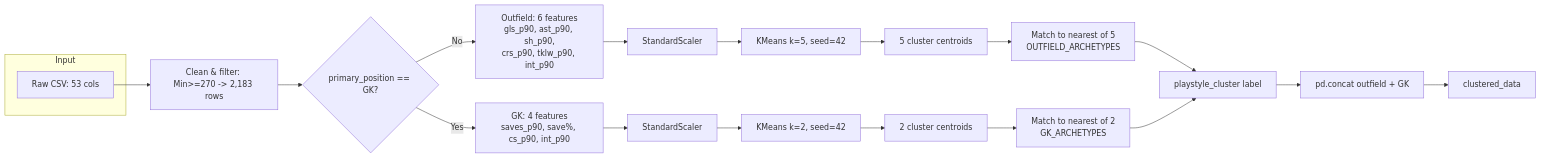
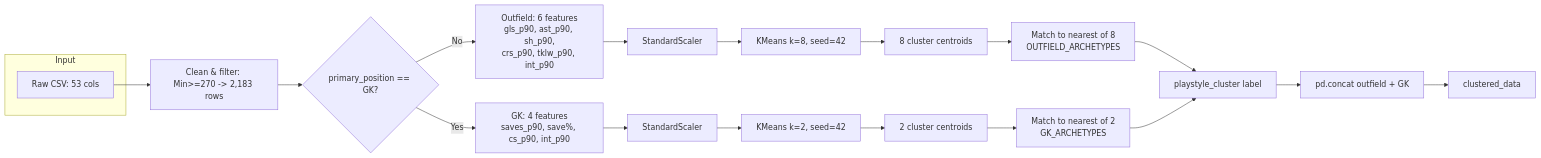
Before and after one commit to matthewsoekamto/football_playstyle_app: the third of 4 diagrams in docs/ARCHITECTURE.md, drawn with Mermaid. The commit also changed other lines of this file and 14 other files, not shown here.

First line of the commit message:
Phase 4C: Option C — 8 outfield archetypes, non-greedy labeling, player-level scaler

````diff
--- a/docs/ARCHITECTURE.md
+++ b/docs/ARCHITECTURE.md
@@ -83,22 +83,22 @@
 ```mermaid
 flowchart LR
     subgraph Input
         R[Raw CSV: 53 cols]
     end
     R --> Clean[Clean & filter: Min>=270 -> 2,183 rows]
     Clean --> Split{primary_position == GK?}
     Split -- No --> OF[Outfield: 6 features<br/>gls_p90, ast_p90, sh_p90,<br/>crs_p90, tklw_p90, int_p90]
     Split -- Yes --> GK[GK: 4 features<br/>saves_p90, save%, cs_p90, int_p90]
     OF --> OFS[StandardScaler]
     GK --> GKS[StandardScaler]
-    OFS --> OFK[KMeans k=5, seed=42]
+    OFS --> OFK[KMeans k=8, seed=42]
     GKS --> GKK[KMeans k=2, seed=42]
-    OFK --> OFC[5 cluster centroids]
+    OFK --> OFC[8 cluster centroids]
     GKK --> GKC[2 cluster centroids]
-    OFC --> OFM[Match to nearest of 5<br/>OUTFIELD_ARCHETYPES]
+    OFC --> OFM[Match to nearest of 8<br/>OUTFIELD_ARCHETYPES]
     GKC --> GKM[Match to nearest of 2<br/>GK_ARCHETYPES]
     OFM --> Label[playstyle_cluster label]
     GKM --> Label
     Label --> Concat[pd.concat outfield + GK]
     Concat --> Output[clustered_data]
 ```
````
